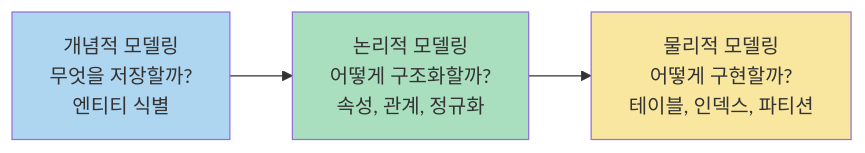
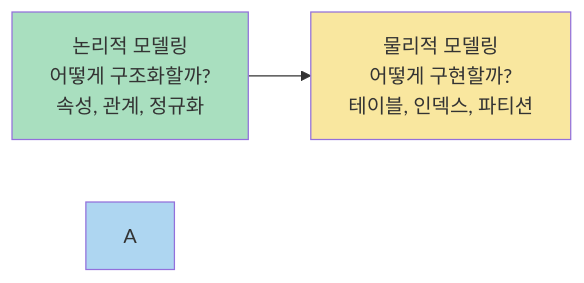
Before and after one commit to yjkim2015/yjkim2015.github.io: the first of 3 diagrams in _posts/db/2026-05-01-db-modeling.md, drawn with Mermaid. The commit also changed other lines of this file and 149 other files, not shown here.

First line of the commit message:
Mermaid 가독성 개선: 라벨 축약, 노드 축소, TD→LR 변환

````diff
--- a/_posts/db/2026-05-01-db-modeling.md
+++ b/_posts/db/2026-05-01-db-modeling.md
@@ -20,9 +20,8 @@
 ```mermaid
 graph LR
-    A[개념적 모델링<br>무엇을 저장할까?<br>엔티티 식별] -->
     B[논리적 모델링<br>어떻게 구조화할까?<br>속성, 관계, 정규화] -->
     C[물리적 모델링<br>어떻게 구현할까?<br>테이블, 인덱스, 파티션]
     style A fill:#AED6F1
     style B fill:#A9DFBF
     style C fill:#F9E79F
 ```
````
